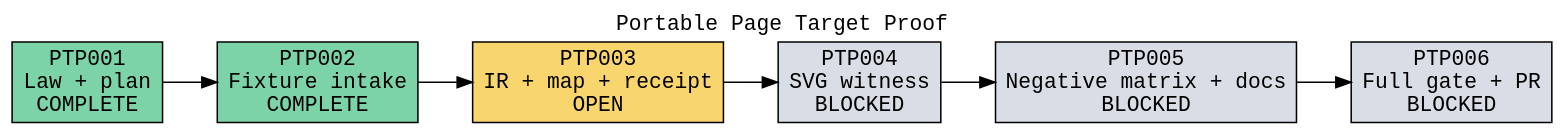
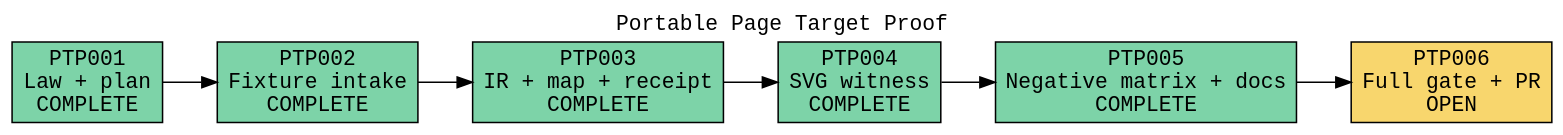
One commit to flyingrobots/geordi changed the diagram in docs/design/2026-07-profunctor-page-target-proof-dag.dot. Above: the diagram before and after it, drawn with Graphviz. The commit also changed 25 other files, not shown here.

```diff
--- a/docs/design/2026-07-profunctor-page-target-proof-dag.dot
+++ b/docs/design/2026-07-profunctor-page-target-proof-dag.dot
@@ -1,24 +1,24 @@
 digraph profunctor_page_target_proof {
   graph [
     bgcolor="transparent",
     fontname="monospace",
     label="Portable Page Target Proof",
     labelloc="t",
     rankdir="LR"
   ];
   node [
     fontname="monospace",
     shape="box",
     style="filled"
   ];
   edge [fontname="monospace"];
 
   PTP001 [fillcolor="#7dd3a8", label="PTP001\nLaw + plan\nCOMPLETE"];
   PTP002 [fillcolor="#7dd3a8", label="PTP002\nFixture intake\nCOMPLETE"];
-  PTP003 [fillcolor="#f8d66d", label="PTP003\nIR + map + receipt\nOPEN"];
-  PTP004 [fillcolor="#d9dde5", label="PTP004\nSVG witness\nBLOCKED"];
-  PTP005 [fillcolor="#d9dde5", label="PTP005\nNegative matrix + docs\nBLOCKED"];
-  PTP006 [fillcolor="#d9dde5", label="PTP006\nFull gate + PR\nBLOCKED"];
+  PTP003 [fillcolor="#7dd3a8", label="PTP003\nIR + map + receipt\nCOMPLETE"];
+  PTP004 [fillcolor="#7dd3a8", label="PTP004\nSVG witness\nCOMPLETE"];
+  PTP005 [fillcolor="#7dd3a8", label="PTP005\nNegative matrix + docs\nCOMPLETE"];
+  PTP006 [fillcolor="#f8d66d", label="PTP006\nFull gate + PR\nOPEN"];
 
   PTP001 -> PTP002 -> PTP003 -> PTP004 -> PTP005 -> PTP006;
 }
```
